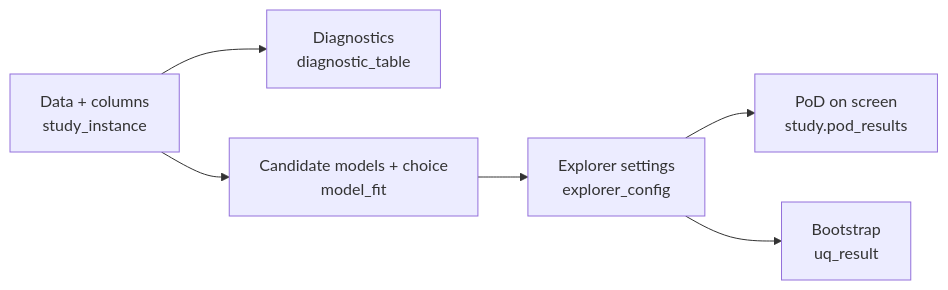
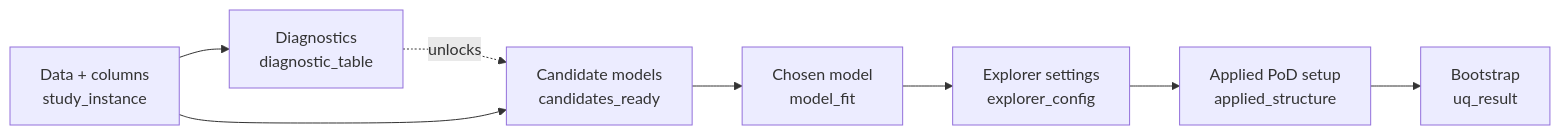
The first of 2 diagrams in docs/app_architecture.qmd (JGIBristol/digiqual), drawn with Mermaid before and after one commit. The commit also changed other lines of this file and 40 other files, not shown here.

````diff
--- a/docs/app_architecture.qmd
+++ b/docs/app_architecture.qmd
@@ -57,8 +61,10 @@
 ```{mermaid}
 flowchart LR
     D[Data + columns<br/>study_instance] --> G[Diagnostics<br/>diagnostic_table]
-    D --> M[Candidate models + choice<br/>model_fit]
+    G -. unlocks .-> C[Candidate models<br/>candidates_ready]
+    D --> C
+    C --> M[Chosen model<br/>model_fit]
     M --> E[Explorer settings<br/>explorer_config]
-    E --> V[PoD on screen<br/>study.pod_results]
-    E --> U[Bootstrap<br/>uq_result]
+    E --> A[Applied PoD setup<br/>applied_structure]
+    A --> U[Bootstrap<br/>uq_result]
 ```
````
